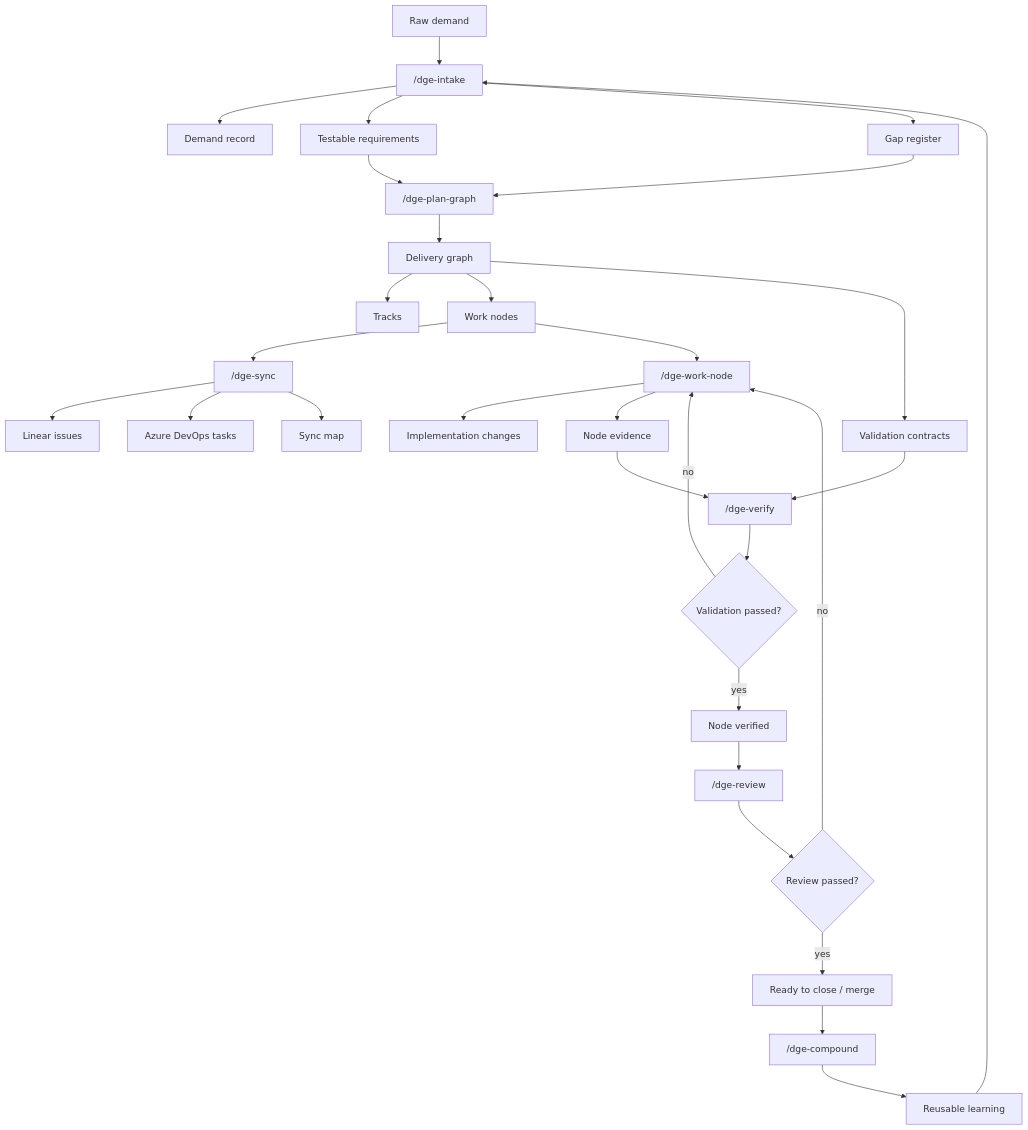
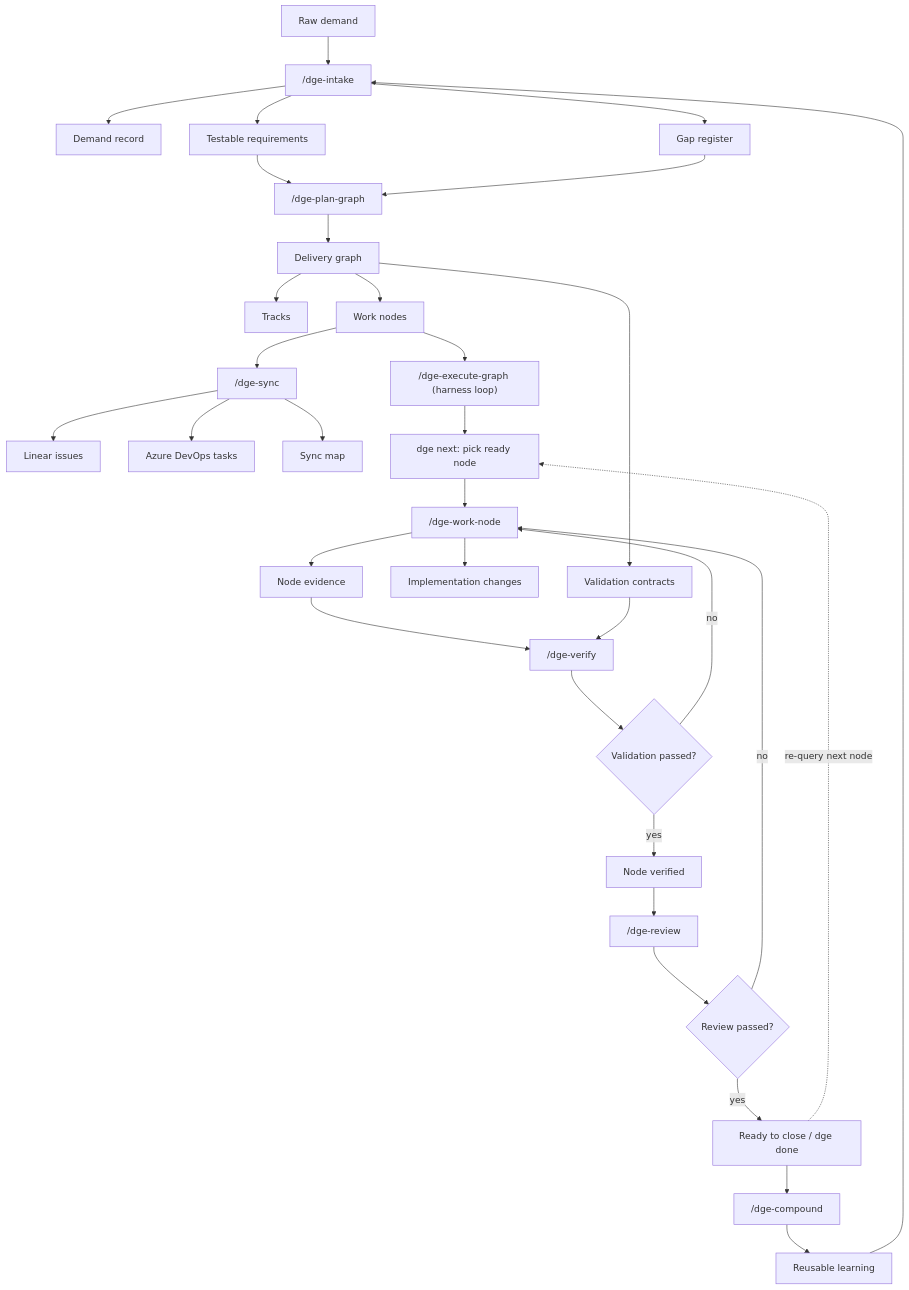
The diagram in README.md (rafaelolsr/delivery-graph), drawn with Mermaid before and after one commit. The commit also changed other lines of this file and 2 other files, not shown here.

First line of the commit message:
docs: surface the execution loop harness in README visuals

````diff
--- a/README.md
+++ b/README.md
@@ -234,38 +243,42 @@
 ```mermaid
 flowchart TD
     A[Raw demand] --> B["/dge-intake"]
     B --> C[Demand record]
     B --> D[Testable requirements]
     B --> E[Gap register]
 
     D --> F["/dge-plan-graph"]
     E --> F
     F --> G[Delivery graph]
     G --> H[Tracks]
     G --> I[Work nodes]
     G --> J[Validation contracts]
 
     I --> K["/dge-sync"]
     K --> L[Linear issues]
     K --> M[Azure DevOps tasks]
     K --> N[Sync map]
 
-    I --> O["/dge-work-node"]
+    I --> EG["/dge-execute-graph (harness loop)"]
+    EG --> NX["dge next: pick ready node"]
+    NX --> O["/dge-work-node"]
     O --> P[Implementation changes]
     O --> Q[Node evidence]
 
     Q --> R["/dge-verify"]
     J --> R
     R --> S{Validation passed?}
     S -- no --> O
     S -- yes --> T[Node verified]
 
     T --> U["/dge-review"]
     U --> V{Review passed?}
     V -- no --> O
-    V -- yes --> W[Ready to close / merge]
+    V -- yes --> W["Ready to close / dge done"]
+
+    W -. re-query next node .-> NX
 
     W --> X["/dge-compound"]
     X --> Y[Reusable learning]
     Y --> B
 ```
````
